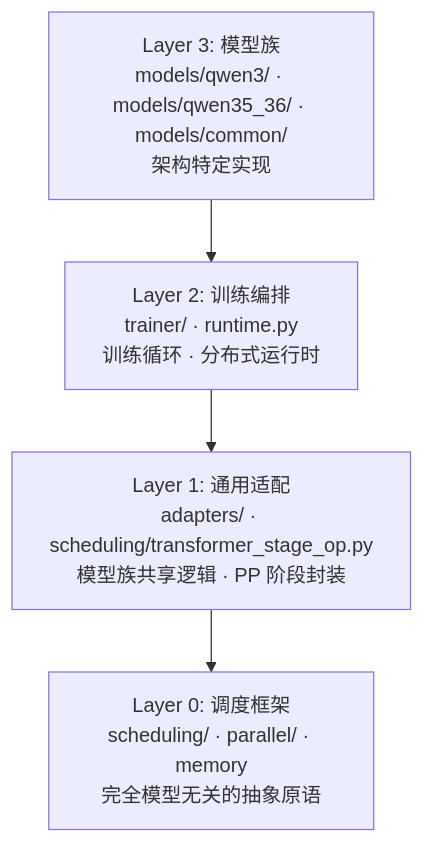
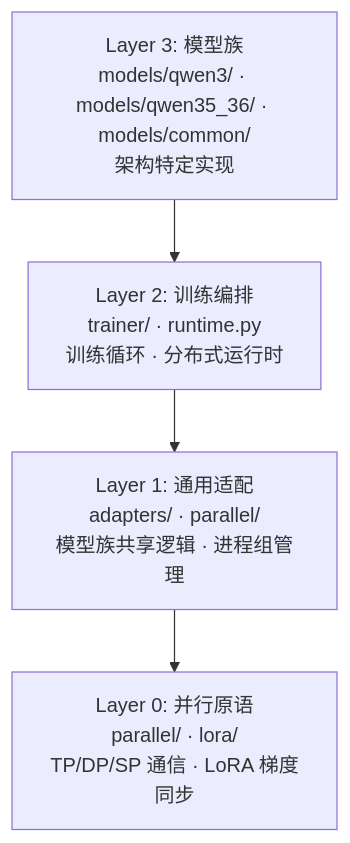
Before and after one commit to godthrone/graspo: the second of 2 diagrams in docs/flow.md, drawn with Mermaid. The commit also changed other lines of this file and 12 other files, not shown here.

````diff
--- a/docs/flow.md
+++ b/docs/flow.md
@@ -16,8 +117,8 @@
 ```mermaid
 flowchart TB
     L3["Layer 3: 模型族<br/>models/qwen3/ · models/qwen35_36/ · models/common/<br/>架构特定实现"]
     L2["Layer 2: 训练编排<br/>trainer/ · runtime.py<br/>训练循环 · 分布式运行时"]
-    L1["Layer 1: 通用适配<br/>adapters/ · scheduling/transformer_stage_op.py<br/>模型族共享逻辑 · PP 阶段封装"]
-    L0["Layer 0: 调度框架<br/>scheduling/ · parallel/ · memory<br/>完全模型无关的抽象原语"]
+    L1["Layer 1: 通用适配<br/>adapters/ · parallel/<br/>模型族共享逻辑 · 进程组管理"]
+    L0["Layer 0: 并行原语<br/>parallel/ · lora/<br/>TP/DP/SP 通信 · LoRA 梯度同步"]
     L3 --> L2 --> L1 --> L0
 ```
````
